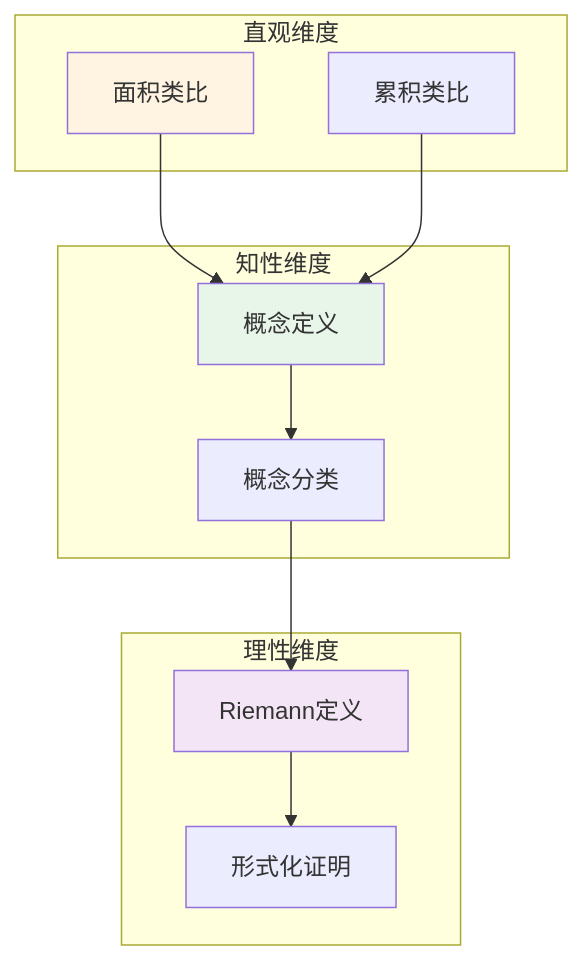
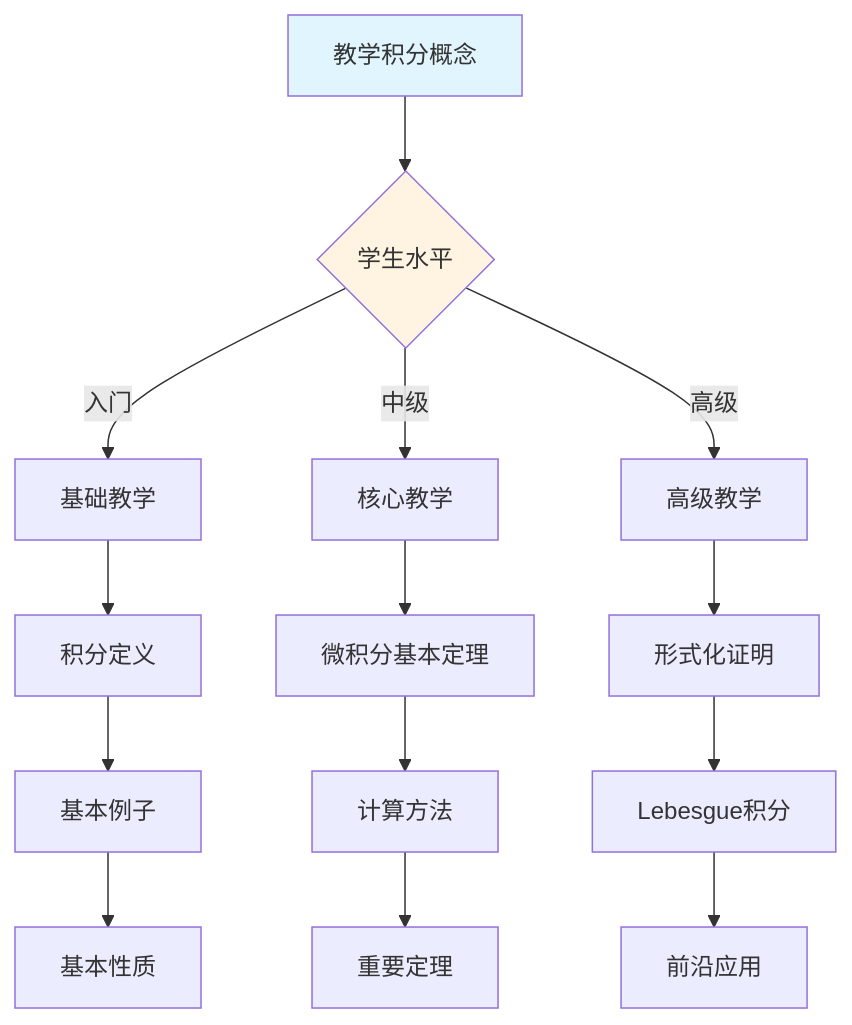
One commit to AdaMartin18010/FormalMath changed the tenth of 10 diagrams in concept/核心概念/16-积分.md. Above: the diagram before and after it, drawn with Mermaid. The commit also changed other lines of this file and 4793 other files, not shown here.

````diff
--- a/concept/核心概念/16-积分.md
+++ b/concept/核心概念/16-积分.md
@@ -760,27 +2556,22 @@
 ```mermaid
-graph TB
-    subgraph 直观维度
-        A1[面积类比]
-        A2[累积类比]
-    end
+graph TD
+    A[教学积分概念] --> B{学生水平}
+    B -->|入门| C[基础教学]
+    B -->|中级| D[核心教学]
+    B -->|高级| E[高级教学]
 
-    subgraph 知性维度
-        B1[概念定义]
-        B2[概念分类]
-    end
+    C --> C1[积分定义]
+    C1 --> C2[基本例子]
+    C2 --> C3[基本性质]
 
-    subgraph 理性维度
-        C1[Riemann定义]
-        C2[形式化证明]
-    end
+    D --> D1[微积分基本定理]
+    D1 --> D2[计算方法]
+    D2 --> D3[重要定理]
 
-    A1 --> B1
-    A2 --> B1
-    B1 --> B2
-    B2 --> C1
-    C1 --> C2
+    E --> E1[形式化证明]
+    E1 --> E2[Lebesgue积分]
+    E2 --> E3[前沿应用]
 
-    style A1 fill:#fff4e1
-    style B1 fill:#e8f5e9
-    style C1 fill:#f3e5f5
+    style A fill:#e1f5ff
+    style B fill:#fff4e1
 ```
````
